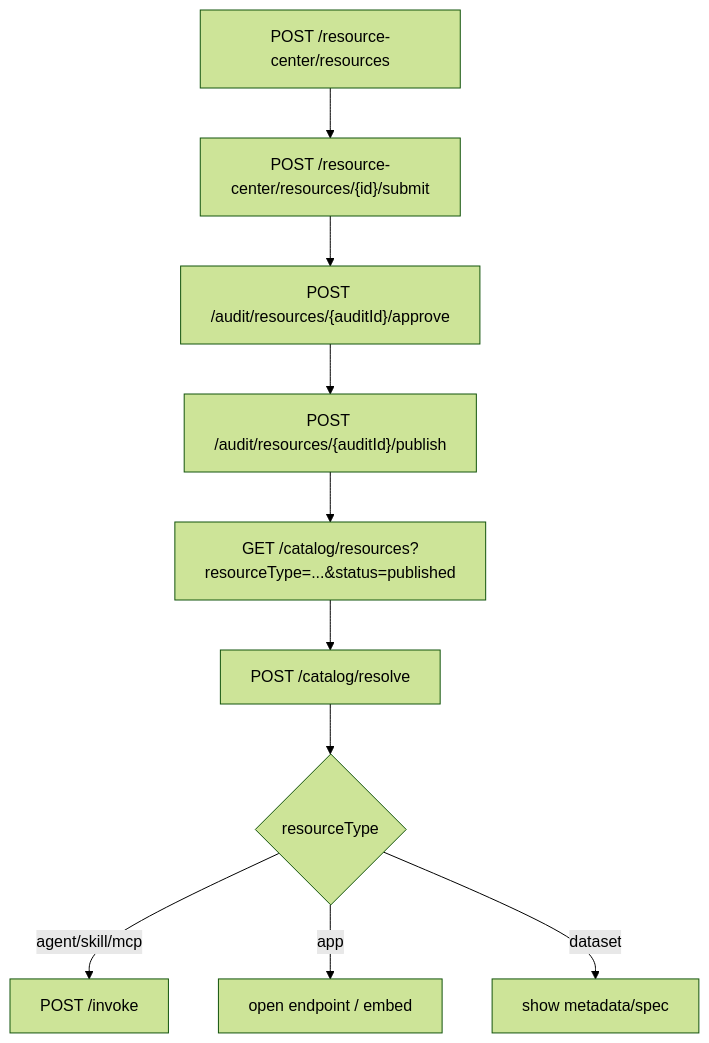
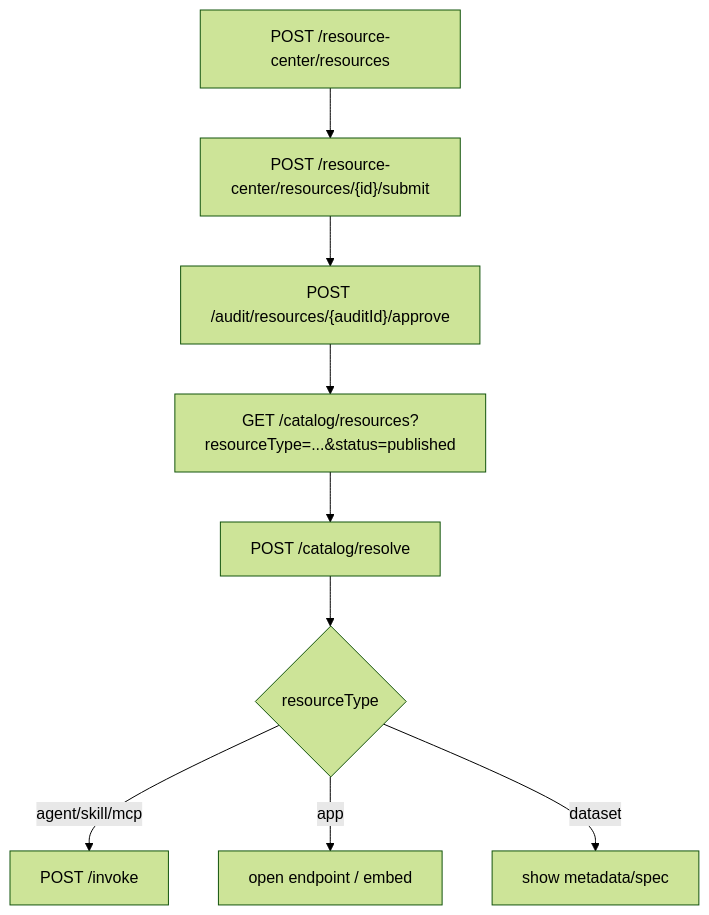
The third of 3 diagrams in docs/ai-handoff-docs/resource-registration-authorization-invocation-guide.md (WangDiGua/LantuConnect-Frontend), drawn with Mermaid (forest theme) before and after one commit. The commit also changed other lines of this file and 37 other files, not shown here.

Commit message:
feat(frontend): finalize resource registration and usage flows

````diff
--- a/docs/ai-handoff-docs/resource-registration-authorization-invocation-guide.md
+++ b/docs/ai-handoff-docs/resource-registration-authorization-invocation-guide.md
@@ -325,12 +323,11 @@
 ```mermaid
 flowchart TD
     createRes["POST /resource-center/resources"] --> submitAudit["POST /resource-center/resources/{id}/submit"]
     submitAudit --> adminApprove["POST /audit/resources/{auditId}/approve"]
-    adminApprove --> adminPublish["POST /audit/resources/{auditId}/publish"]
-    adminPublish --> catalogList["GET /catalog/resources?resourceType=...&status=published"]
+    adminApprove --> catalogList["GET /catalog/resources?resourceType=...&status=published"]
     catalogList --> resolveRes["POST /catalog/resolve"]
     resolveRes --> useByType{"resourceType"}
     useByType -->|agent/skill/mcp| invokeCall["POST /invoke"]
     useByType -->|app| openUrl["open endpoint / embed"]
     useByType -->|dataset| showMeta["show metadata/spec"]
 ```
````
